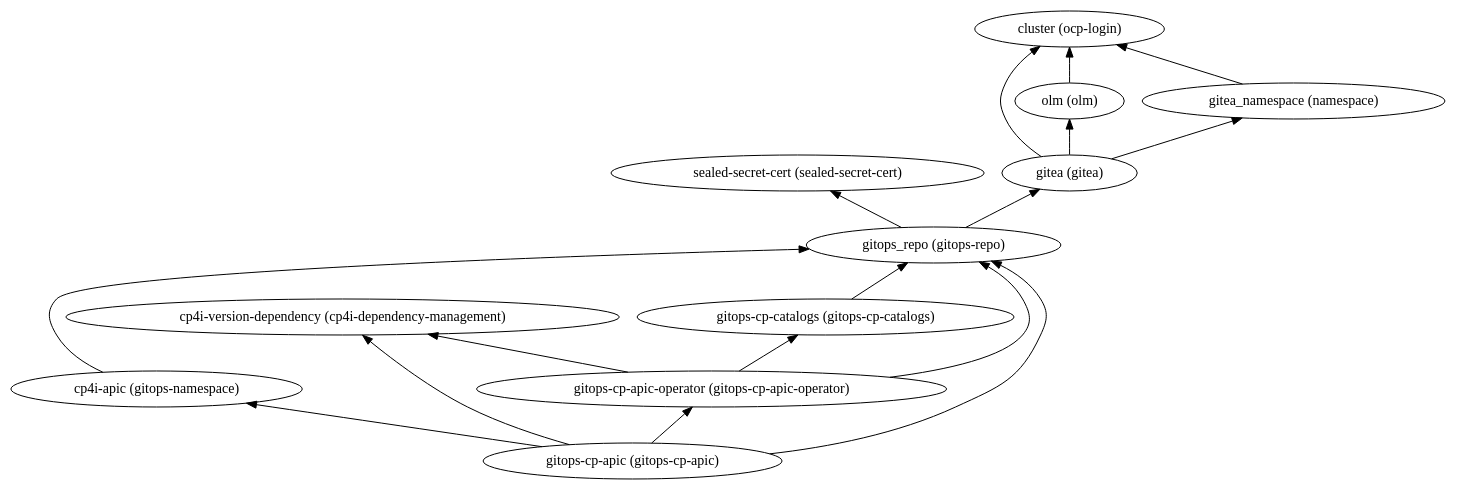
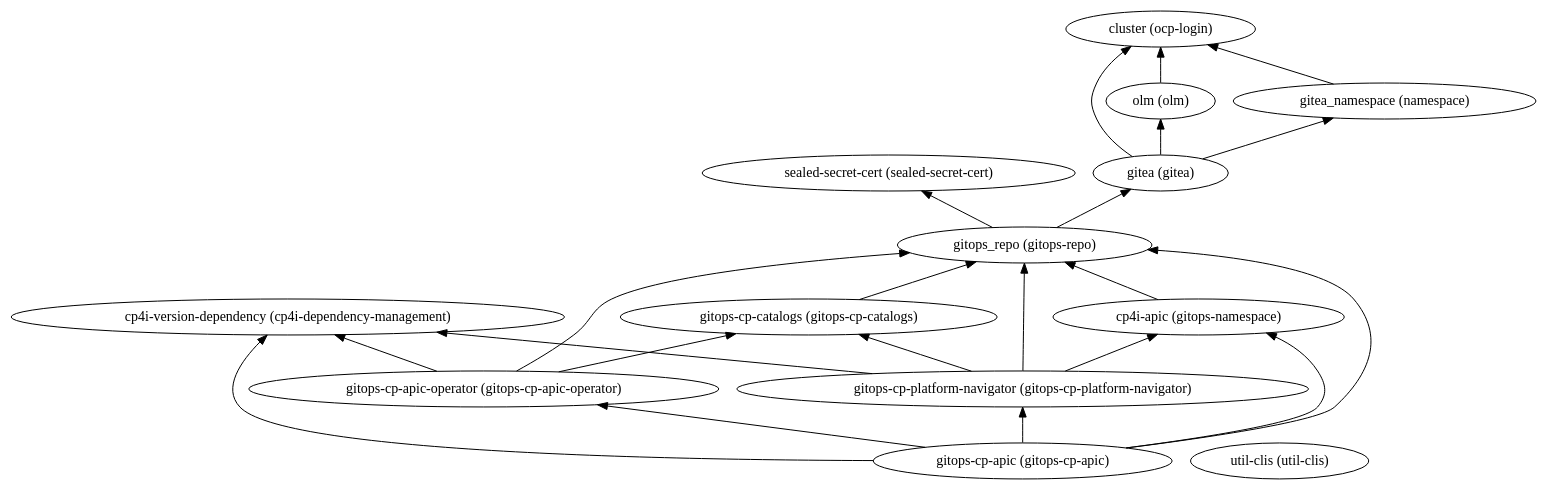
Before and after one commit to IBM/automation-integration-platform: the diagram in 220-integration-apiconnect/dependencies.dot, drawn with Graphviz. The commit also changed 71 other files, not shown here.

```diff
--- a/220-integration-apiconnect/dependencies.dot
+++ b/220-integration-apiconnect/dependencies.dot
@@ -1,30 +1,37 @@
 digraph {
     rankdir="BT"
     "cp4i-version-dependency (cp4i-dependency-management)"
 "gitops-cp-apic (gitops-cp-apic)" -> "gitops_repo (gitops-repo)"
 "gitops-cp-apic (gitops-cp-apic)" -> "cp4i-apic (gitops-namespace)"
+"gitops-cp-apic (gitops-cp-apic)" -> "gitops-cp-platform-navigator (gitops-cp-platform-navigator)"
 "gitops-cp-apic (gitops-cp-apic)" -> "gitops-cp-apic-operator (gitops-cp-apic-operator)"
 "gitops-cp-apic (gitops-cp-apic)" -> "cp4i-version-dependency (cp4i-dependency-management)"
 "gitops-cp-apic (gitops-cp-apic)"
 "gitops_repo (gitops-repo)" -> "sealed-secret-cert (sealed-secret-cert)"
 "gitops_repo (gitops-repo)" -> "gitea (gitea)"
 "gitops_repo (gitops-repo)"
 "sealed-secret-cert (sealed-secret-cert)"
 "gitea (gitea)" -> "cluster (ocp-login)"
 "gitea (gitea)" -> "olm (olm)"
 "gitea (gitea)" -> "gitea_namespace (namespace)"
 "gitea (gitea)"
 "cluster (ocp-login)"
 "olm (olm)" -> "cluster (ocp-login)"
 "olm (olm)"
 "gitea_namespace (namespace)" -> "cluster (ocp-login)"
 "gitea_namespace (namespace)"
 "cp4i-apic (gitops-namespace)" -> "gitops_repo (gitops-repo)"
 "cp4i-apic (gitops-namespace)"
+"gitops-cp-platform-navigator (gitops-cp-platform-navigator)" -> "gitops_repo (gitops-repo)"
+"gitops-cp-platform-navigator (gitops-cp-platform-navigator)" -> "cp4i-apic (gitops-namespace)"
+"gitops-cp-platform-navigator (gitops-cp-platform-navigator)" -> "gitops-cp-catalogs (gitops-cp-catalogs)"
+"gitops-cp-platform-navigator (gitops-cp-platform-navigator)" -> "cp4i-version-dependency (cp4i-dependency-management)"
+"gitops-cp-platform-navigator (gitops-cp-platform-navigator)"
+"gitops-cp-catalogs (gitops-cp-catalogs)" -> "gitops_repo (gitops-repo)"
+"gitops-cp-catalogs (gitops-cp-catalogs)"
 "gitops-cp-apic-operator (gitops-cp-apic-operator)" -> "gitops_repo (gitops-repo)"
 "gitops-cp-apic-operator (gitops-cp-apic-operator)" -> "gitops-cp-catalogs (gitops-cp-catalogs)"
 "gitops-cp-apic-operator (gitops-cp-apic-operator)" -> "cp4i-version-dependency (cp4i-dependency-management)"
 "gitops-cp-apic-operator (gitops-cp-apic-operator)"
-"gitops-cp-catalogs (gitops-cp-catalogs)" -> "gitops_repo (gitops-repo)"
-"gitops-cp-catalogs (gitops-cp-catalogs)"
+"util-clis (util-clis)"
   }
```
